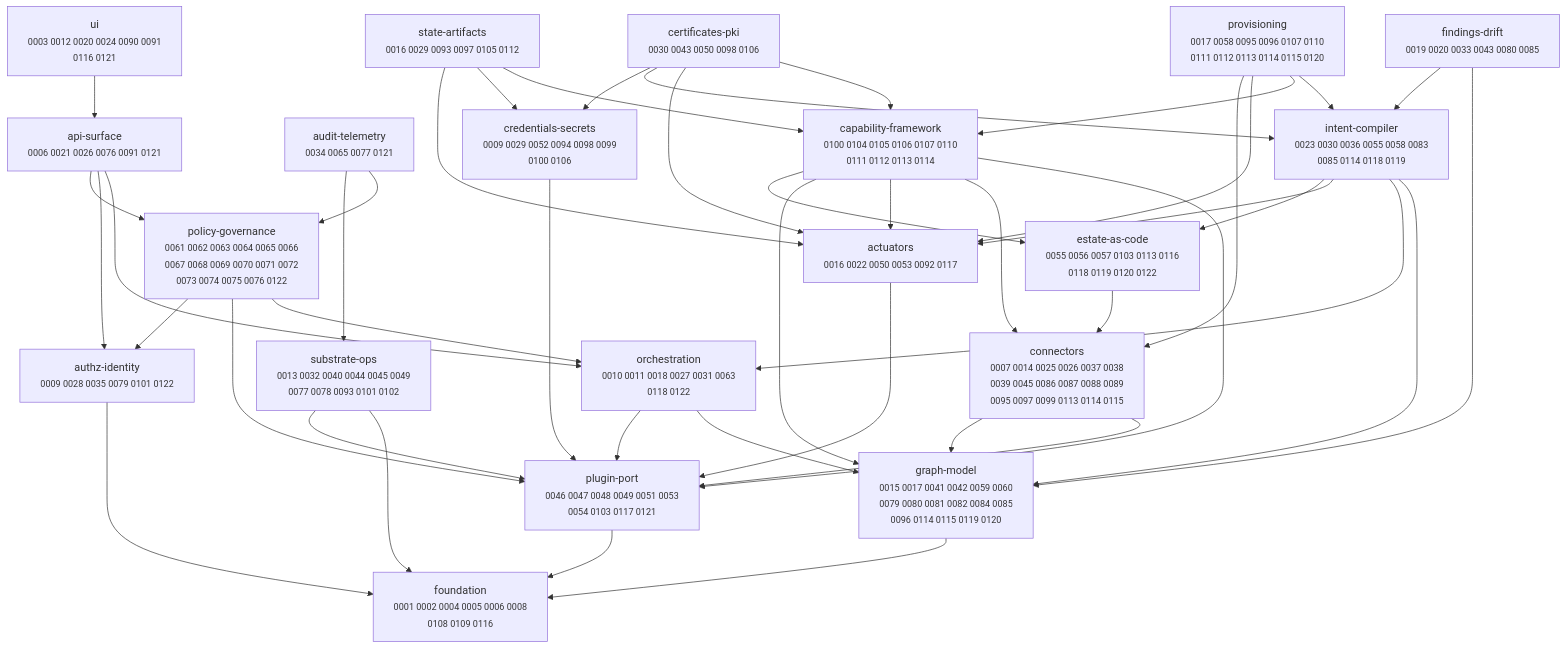
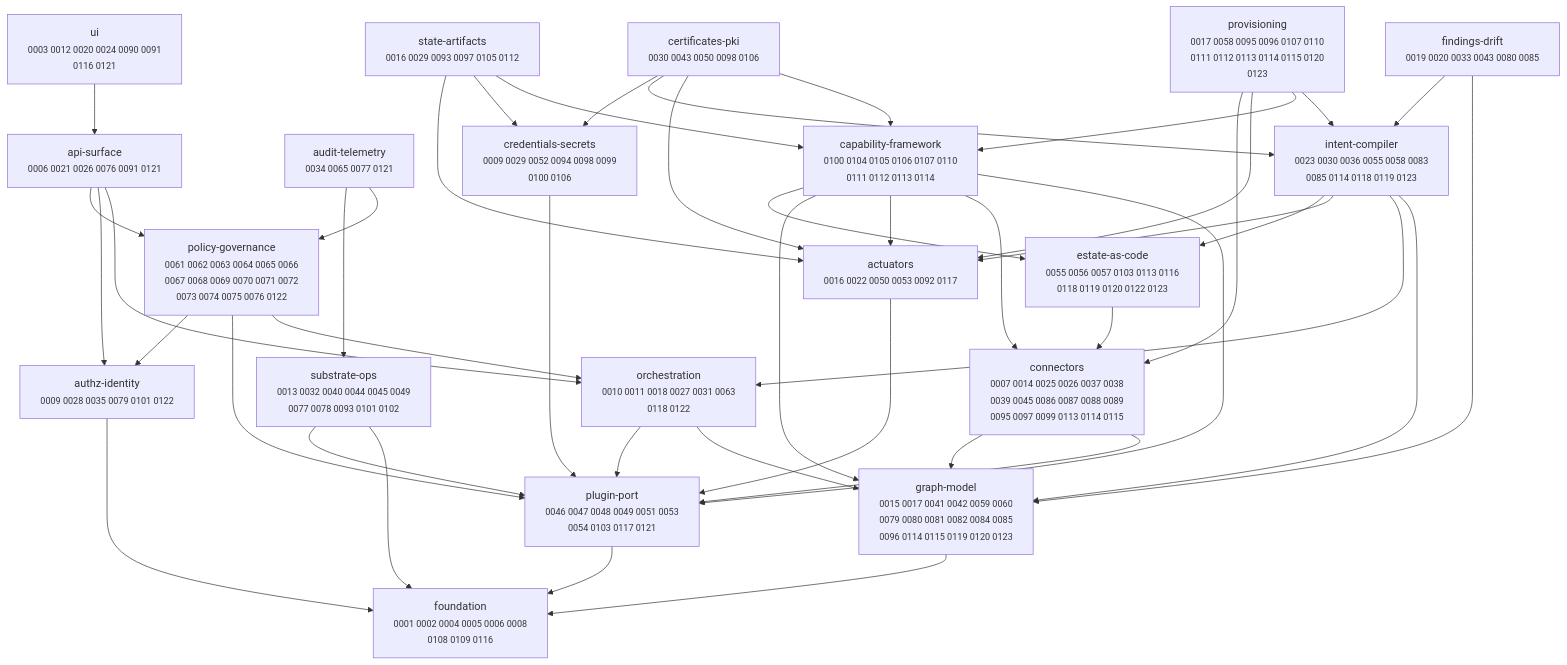
Before and after one commit to dstout-devops/stratt: the diagram in docs/adr/MAP.md, drawn with Mermaid. The commit also changed other lines of this file and 19 other files, not shown here.

````diff
--- a/docs/adr/MAP.md
+++ b/docs/adr/MAP.md
@@ -11,67 +11,67 @@
 ```mermaid
 graph TD
   actuators["actuators<br/><small>0016 0022 0050 0053 0092 0117</small>"]
   api_surface["api-surface<br/><small>0006 0021 0026 0076 0091 0121</small>"]
   audit_telemetry["audit-telemetry<br/><small>0034 0065 0077 0121</small>"]
   authz_identity["authz-identity<br/><small>0009 0028 0035 0079 0101 0122</small>"]
   capability_framework["capability-framework<br/><small>0100 0104 0105 0106 0107 0110<br/>0111 0112 0113 0114</small>"]
   certificates_pki["certificates-pki<br/><small>0030 0043 0050 0098 0106</small>"]
   connectors["connectors<br/><small>0007 0014 0025 0026 0037 0038<br/>0039 0045 0086 0087 0088 0089<br/>0095 0097 0099 0113 0114 0115</small>"]
   credentials_secrets["credentials-secrets<br/><small>0009 0029 0052 0094 0098 0099<br/>0100 0106</small>"]
-  estate_as_code["estate-as-code<br/><small>0055 0056 0057 0103 0113 0116<br/>0118 0119 0120 0122</small>"]
+  estate_as_code["estate-as-code<br/><small>0055 0056 0057 0103 0113 0116<br/>0118 0119 0120 0122 0123</small>"]
   findings_drift["findings-drift<br/><small>0019 0020 0033 0043 0080 0085</small>"]
   foundation["foundation<br/><small>0001 0002 0004 0005 0006 0008<br/>0108 0109 0116</small>"]
-  graph_model["graph-model<br/><small>0015 0017 0041 0042 0059 0060<br/>0079 0080 0081 0082 0084 0085<br/>0096 0114 0115 0119 0120</small>"]
-  intent_compiler["intent-compiler<br/><small>0023 0030 0036 0055 0058 0083<br/>0085 0114 0118 0119</small>"]
+  graph_model["graph-model<br/><small>0015 0017 0041 0042 0059 0060<br/>0079 0080 0081 0082 0084 0085<br/>0096 0114 0115 0119 0120 0123</small>"]
+  intent_compiler["intent-compiler<br/><small>0023 0030 0036 0055 0058 0083<br/>0085 0114 0118 0119 0123</small>"]
   orchestration["orchestration<br/><small>0010 0011 0018 0027 0031 0063<br/>0118 0122</small>"]
   plugin_port["plugin-port<br/><small>0046 0047 0048 0049 0051 0053<br/>0054 0103 0117 0121</small>"]
   policy_governance["policy-governance<br/><small>0061 0062 0063 0064 0065 0066<br/>0067 0068 0069 0070 0071 0072<br/>0073 0074 0075 0076 0122</small>"]
-  provisioning["provisioning<br/><small>0017 0058 0095 0096 0107 0110<br/>0111 0112 0113 0114 0115 0120</small>"]
+  provisioning["provisioning<br/><small>0017 0058 0095 0096 0107 0110<br/>0111 0112 0113 0114 0115 0120<br/>0123</small>"]
   state_artifacts["state-artifacts<br/><small>0016 0029 0093 0097 0105 0112</small>"]
   substrate_ops["substrate-ops<br/><small>0013 0032 0040 0044 0045 0049<br/>0077 0078 0093 0101 0102</small>"]
   ui["ui<br/><small>0003 0012 0020 0024 0090 0091<br/>0116 0121</small>"]
 
   actuators --> plugin_port
   api_surface --> orchestration
   api_surface --> authz_identity
   api_surface --> policy_governance
   audit_telemetry --> policy_governance
   audit_telemetry --> substrate_ops
   authz_identity --> foundation
   capability_framework --> plugin_port
   capability_framework --> connectors
   capability_framework --> actuators
   capability_framework --> graph_model
   capability_framework --> estate_as_code
   certificates_pki --> capability_framework
   certificates_pki --> actuators
   certificates_pki --> intent_compiler
   certificates_pki --> credentials_secrets
   connectors --> plugin_port
   connectors --> graph_model
   credentials_secrets --> plugin_port
   estate_as_code --> connectors
   findings_drift --> graph_model
   findings_drift --> intent_compiler
   graph_model --> foundation
   intent_compiler --> graph_model
   intent_compiler --> orchestration
   intent_compiler --> actuators
   intent_compiler --> estate_as_code
   orchestration --> graph_model
   orchestration --> plugin_port
   plugin_port --> foundation
   policy_governance --> orchestration
   policy_governance --> plugin_port
   policy_governance --> authz_identity
   provisioning --> intent_compiler
   provisioning --> capability_framework
   provisioning --> actuators
   provisioning --> connectors
   state_artifacts --> capability_framework
   state_artifacts --> credentials_secrets
   state_artifacts --> actuators
   substrate_ops --> foundation
   substrate_ops --> plugin_port
   ui --> api_surface
 ```
````
